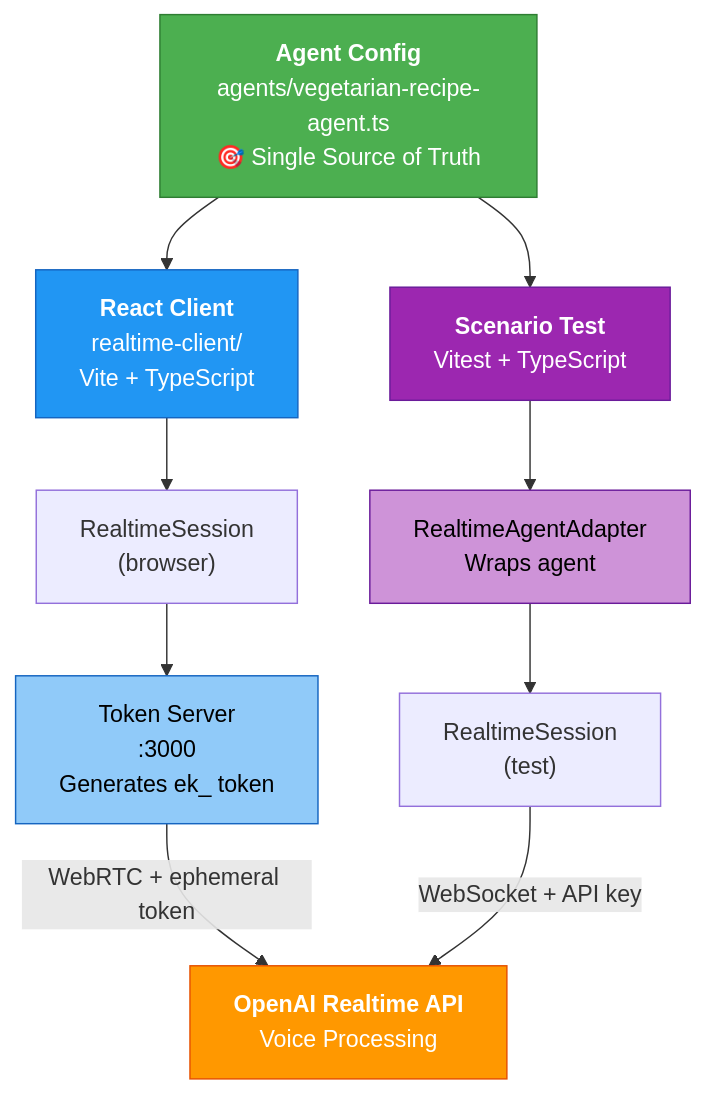
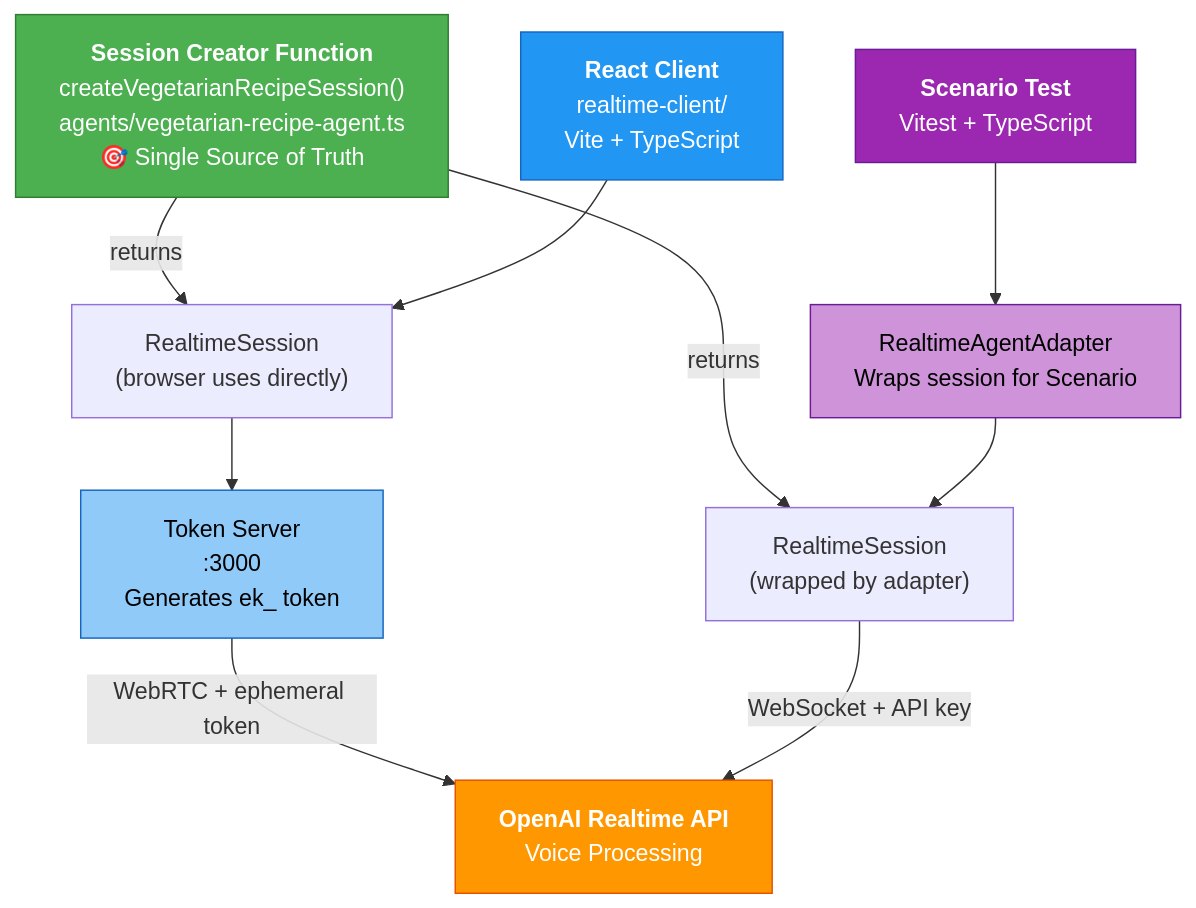
The diagram in javascript/examples/vitest/tests/realtime/README.md (langwatch/scenario), drawn with Mermaid before and after one commit. The commit also changed other lines of this file and 5 other files, not shown here.

````diff
--- a/javascript/examples/vitest/tests/realtime/README.md
+++ b/javascript/examples/vitest/tests/realtime/README.md
@@ -118,47 +215,48 @@
 ```mermaid
 graph TB
-    Agent["`**Agent Config**
+    SessionCreator["`**Session Creator Function**
+    createVegetarianRecipeSession()
     agents/vegetarian-recipe-agent.ts
     🎯 Single Source of Truth`"]
 
     Browser["`**React Client**
     realtime-client/
     Vite + TypeScript`"]
 
     Test["`**Scenario Test**
     Vitest + TypeScript`"]
 
     Session1["`RealtimeSession
-    (browser)`"]
+    (browser uses directly)`"]
 
     TokenServer["`Token Server
     :3000
     Generates ek_ token`"]
 
     Adapter["`RealtimeAgentAdapter
-    Wraps agent`"]
+    Wraps session for Scenario`"]
 
     Session2["`RealtimeSession
-    (test)`"]
+    (wrapped by adapter)`"]
 
     OpenAI["`**OpenAI Realtime API**
     Voice Processing`"]
 
-    Agent --> Browser
-    Agent --> Test
+    SessionCreator -->|returns| Session1
+    SessionCreator -->|returns| Session2
 
     Browser --> Session1
     Session1 --> TokenServer
     TokenServer -->|WebRTC + ephemeral token| OpenAI
 
     Test --> Adapter
     Adapter --> Session2
     Session2 -->|WebSocket + API key| OpenAI
 
-    style Agent fill:#4CAF50,stroke:#2E7D32,color:#fff
+    style SessionCreator fill:#4CAF50,stroke:#2E7D32,color:#fff
     style Browser fill:#2196F3,stroke:#1565C0,color:#fff
     style Test fill:#9C27B0,stroke:#6A1B9A,color:#fff
     style OpenAI fill:#FF9800,stroke:#E65100,color:#fff
     style TokenServer fill:#90CAF9,stroke:#1565C0,color:#000
     style Adapter fill:#CE93D8,stroke:#6A1B9A,color:#000
 ```
````
